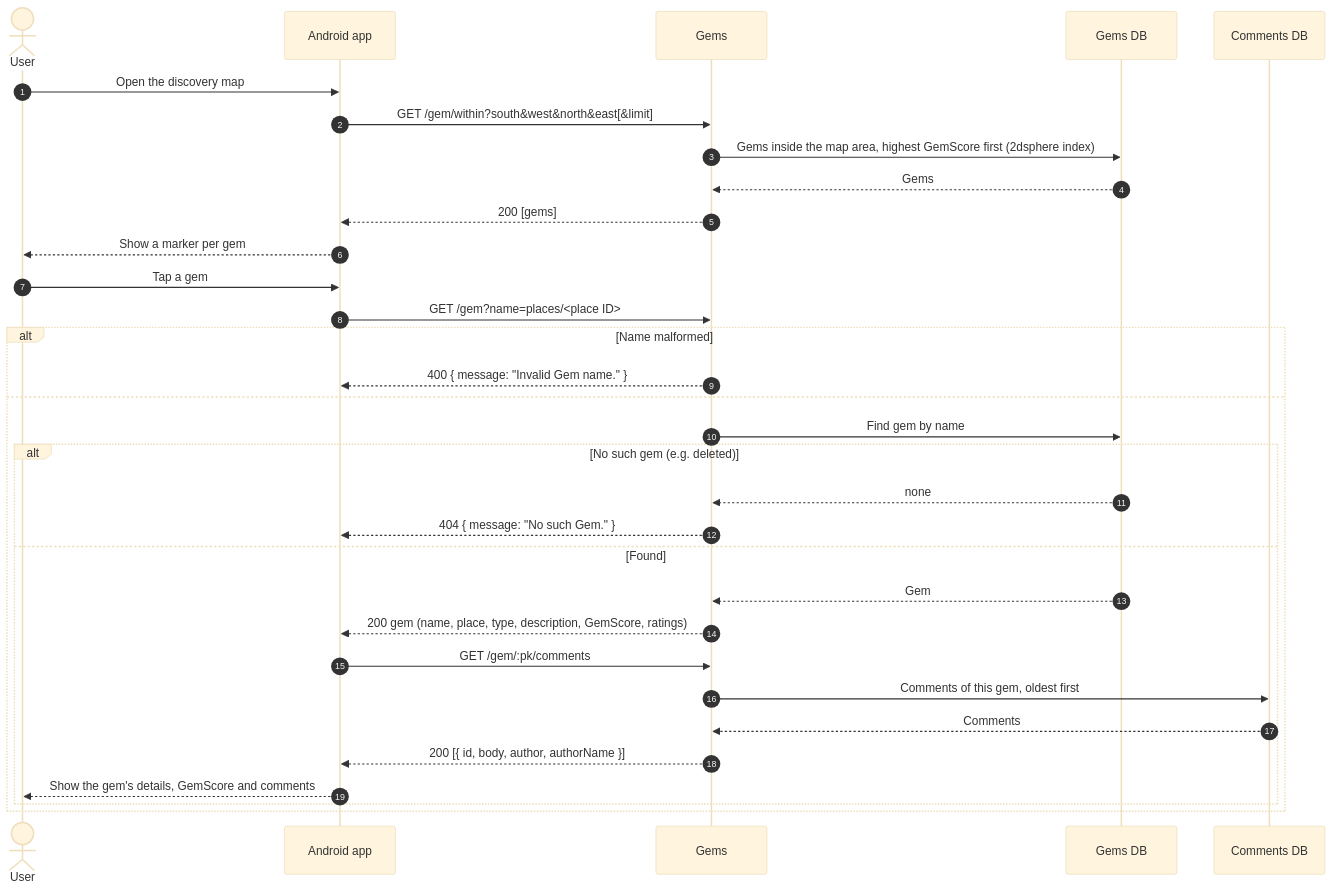
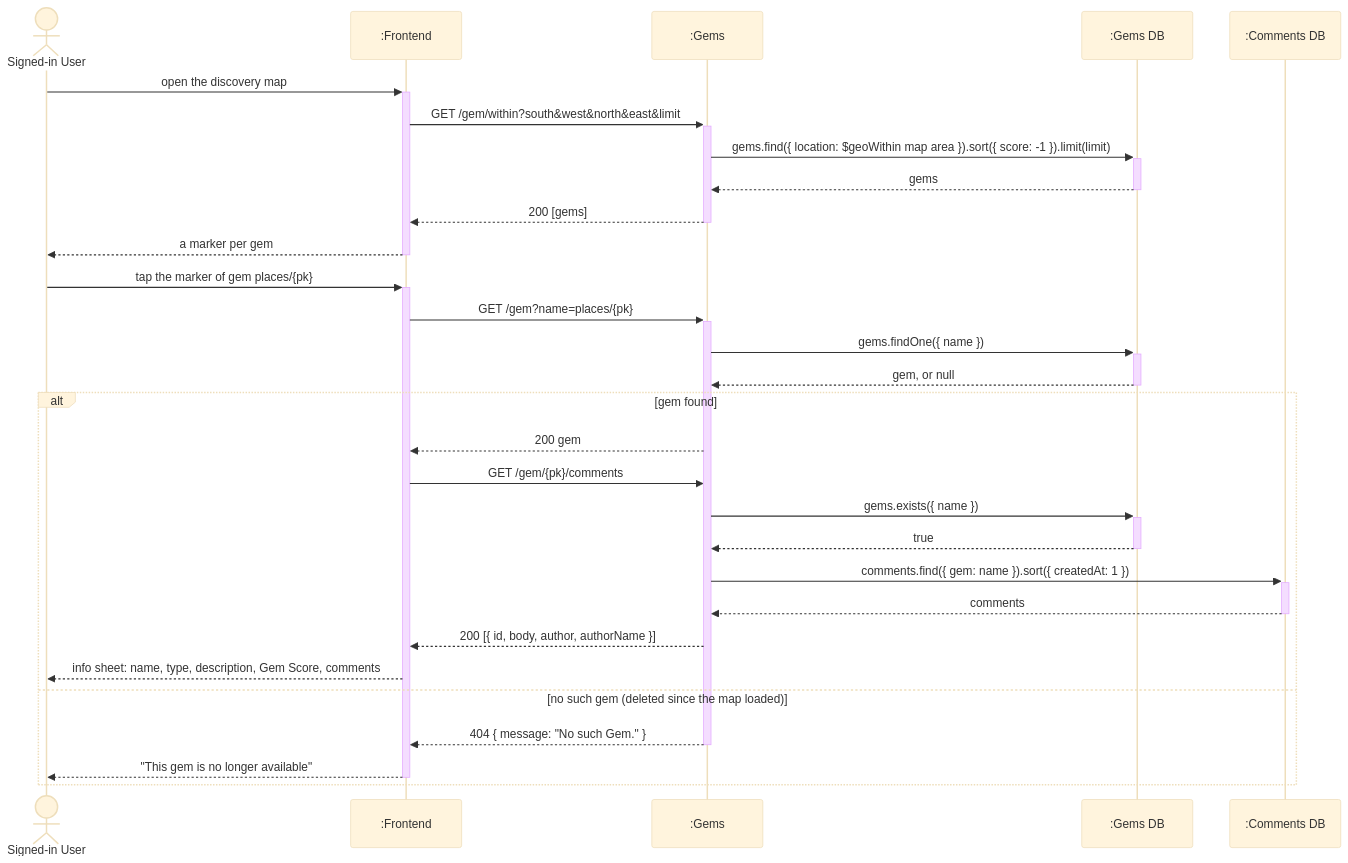
Before and after one commit to ubc-cpen-321-excavator/excavator: the diagram in documentation/diagrams/uc1_view_a_gem.mmd, drawn with Mermaid (base theme). The commit also changed 12 other files, not shown here.

Commit message:
docs: redo dependency and sequence diagrams to course conventions

```diff
--- a/documentation/diagrams/uc1_view_a_gem.mmd
+++ b/documentation/diagrams/uc1_view_a_gem.mmd
@@ -1,33 +1,31 @@
 sequenceDiagram
-  autonumber
-  actor U as User
-  participant App as Android app
-  participant Gems
-  participant GDB as Gems DB
-  participant CDB as Comments DB
+  actor U as Signed-in User
+  participant F as :Frontend
+  participant G as :Gems
+  participant GDB as :Gems DB
+  participant CDB as :Comments DB
 
-  U->>App: Open the discovery map
-  App->>Gems: GET /gem/within?south&west&north&east[&limit]
-  Gems->>GDB: Gems inside the map area, highest GemScore first (2dsphere index)
-  GDB-->>Gems: Gems
-  Gems-->>App: 200 [gems]
-  App-->>U: Show a marker per gem
-  U->>App: Tap a gem
-  App->>Gems: GET /gem?name=places/<place ID>
-  alt Name malformed
-    Gems-->>App: 400 { message: "Invalid Gem name." }
-  else
-    Gems->>GDB: Find gem by name
-    alt No such gem (e.g. deleted)
-      GDB-->>Gems: none
-      Gems-->>App: 404 { message: "No such Gem." }
-    else Found
-      GDB-->>Gems: Gem
-      Gems-->>App: 200 gem (name, place, type, description, GemScore, ratings)
-      App->>Gems: GET /gem/:pk/comments
-      Gems->>CDB: Comments of this gem, oldest first
-      CDB-->>Gems: Comments
-      Gems-->>App: 200 [{ id, body, author, authorName }]
-      App-->>U: Show the gem's details, GemScore and comments
-    end
+  U->>+F: open the discovery map
+  F->>+G: GET /gem/within?south&west&north&east&limit
+  G->>+GDB: gems.find({ location: $geoWithin map area }).sort({ score: -1 }).limit(limit)
+  GDB-->>-G: gems
+  G-->>-F: 200 [gems]
+  F-->>-U: a marker per gem
+
+  U->>+F: tap the marker of gem places/{pk}
+  F->>+G: GET /gem?name=places/{pk}
+  G->>+GDB: gems.findOne({ name })
+  GDB-->>-G: gem, or null
+  alt gem found
+    G-->>F: 200 gem
+    F->>G: GET /gem/{pk}/comments
+    G->>+GDB: gems.exists({ name })
+    GDB-->>-G: true
+    G->>+CDB: comments.find({ gem: name }).sort({ createdAt: 1 })
+    CDB-->>-G: comments
+    G-->>F: 200 [{ id, body, author, authorName }]
+    F-->>U: info sheet: name, type, description, Gem Score, comments
+  else no such gem (deleted since the map loaded)
+    G-->>-F: 404 { message: "No such Gem." }
+    F-->>-U: "This gem is no longer available"
   end
```
